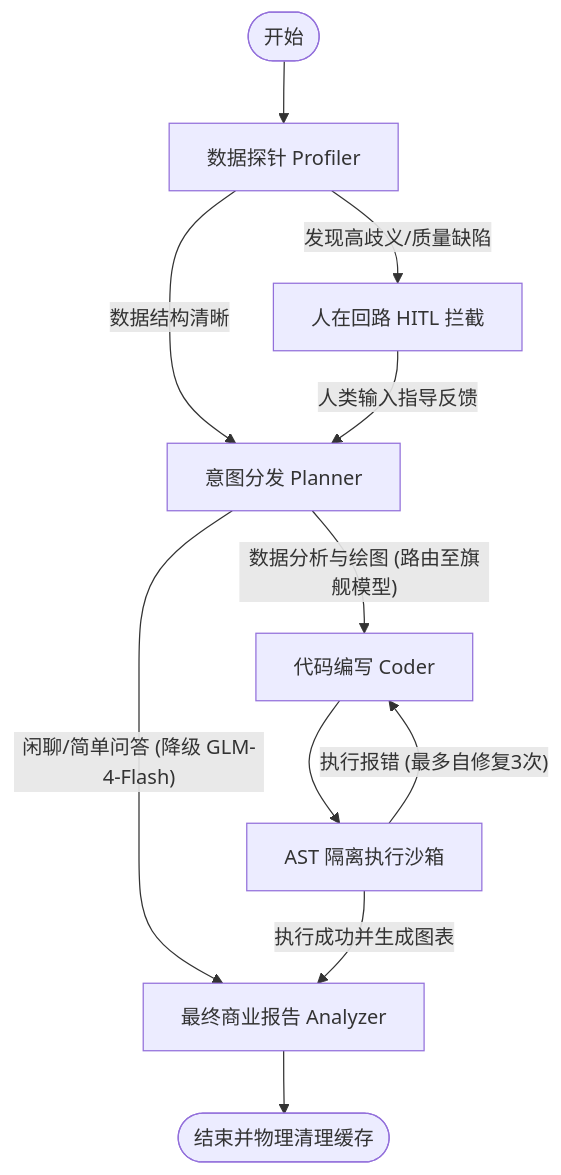
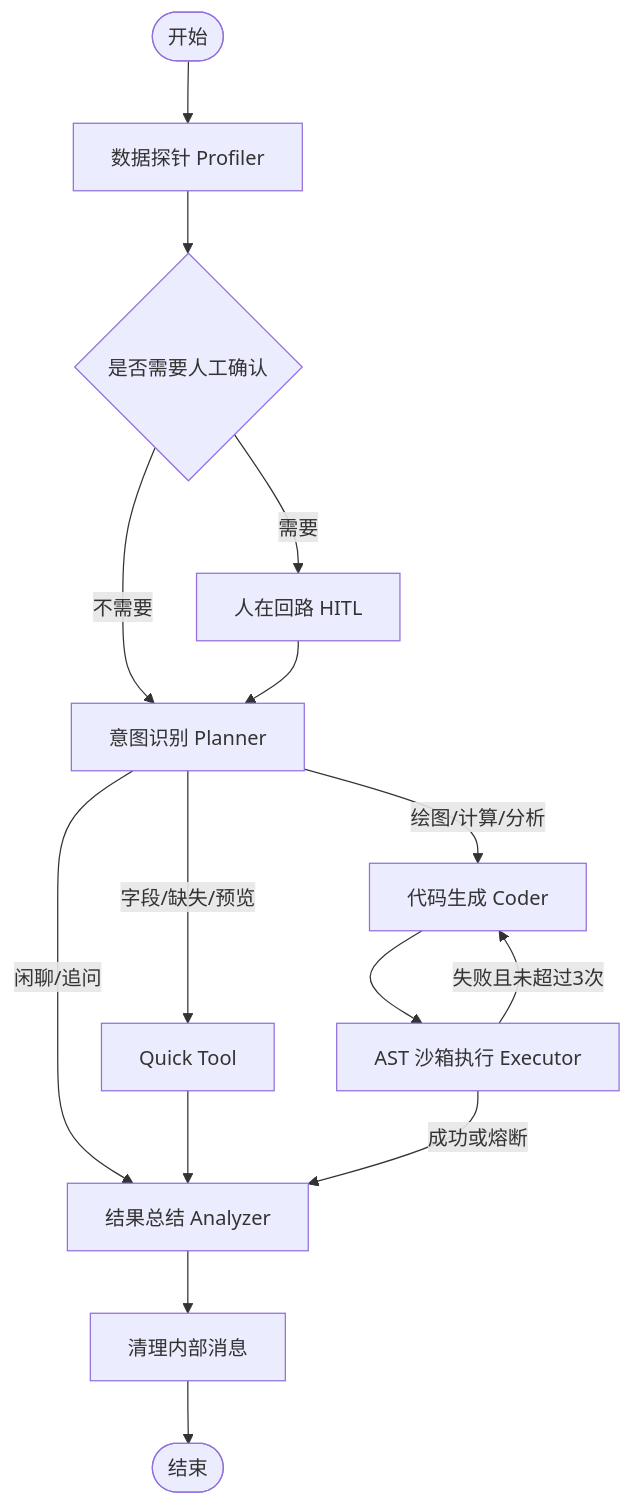
Before and after one commit to Autumn8001/DataViz-Agent: the diagram in README.md, drawn with Mermaid. The commit also changed other lines of this file and 12 other files, not shown here.

````diff
--- a/README.md
+++ b/README.md
@@ -59,17 +17,17 @@
 ```mermaid
 graph TD
     START([开始]) --> profiler[数据探针 Profiler]
-    profiler -- 发现高歧义/质量缺陷 --> human[人在回路 HITL 拦截]
-    profiler -- 数据结构清晰 --> planner[意图分发 Planner]
-    human -- 人类输入指导反馈 --> planner
-    
-    planner -- 闲聊/简单问答 (降级 GLM-4-Flash) --> analyzer[最终商业报告 Analyzer]
-    planner -- 数据分析与绘图 (路由至旗舰模型) --> coder[代码编写 Coder]
-    
-    coder --> executor[AST 隔离执行沙箱]
-    
-    executor -- 执行报错 (最多自修复3次) --> coder
-    executor -- 执行成功并生成图表 --> analyzer
-    
-    analyzer --> END([结束并物理清理缓存])
+    profiler --> router{是否需要人工确认}
+    router -->|需要| human[人在回路 HITL]
+    router -->|不需要| planner[意图识别 Planner]
+    human --> planner
+    planner -->|字段/缺失/预览| quick[Quick Tool]
+    planner -->|绘图/计算/分析| coder[代码生成 Coder]
+    planner -->|闲聊/追问| analyzer[结果总结 Analyzer]
+    quick --> analyzer
+    coder --> executor[AST 沙箱执行 Executor]
+    executor -->|失败且未超过3次| coder
+    executor -->|成功或熔断| analyzer
+    analyzer --> cleaner[清理内部消息]
+    cleaner --> END([结束])
 ```
````
